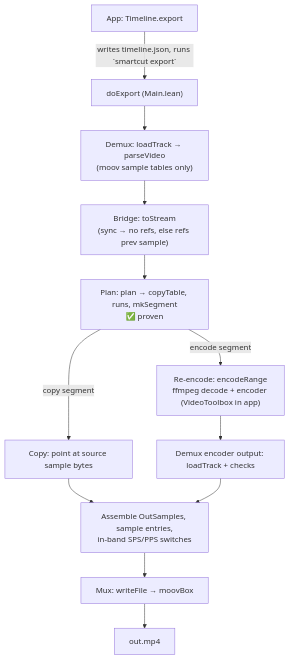
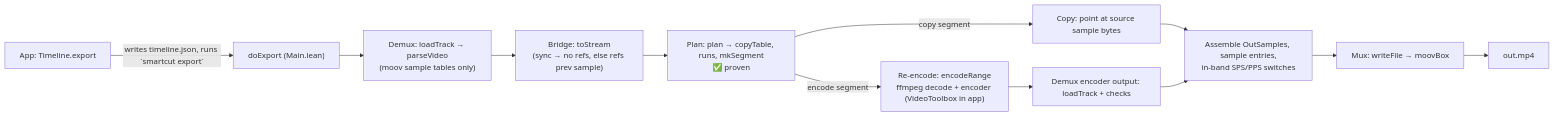
Before and after one commit to Philogy/verified-cut: the diagram in docs/pipeline.md, drawn with Mermaid.

````diff
--- a/docs/pipeline.md
+++ b/docs/pipeline.md
@@ -8,14 +8,14 @@
 ```mermaid
-flowchart TD
+flowchart LR
   A["App: Timeline.export"] -->|writes timeline.json, runs `smartcut export`| B["doExport (Main.lean)"]
   B --> C["Demux: loadTrack → parseVideo<br/>(moov sample tables only)"]
   C --> D["Bridge: toStream<br/>(sync → no refs, else refs prev sample)"]
   D --> E["Plan: plan → copyTable, runs, mkSegment<br/>✅ proven"]
   E -->|copy segment| F["Copy: point at source sample bytes"]
   E -->|encode segment| G["Re-encode: encodeRange<br/>ffmpeg decode + encoder (VideoToolbox in app)"]
   G --> G2["Demux encoder output: loadTrack + checks"]
   F --> H["Assemble OutSamples, sample entries,<br/>in-band SPS/PPS switches"]
   G2 --> H
   H --> I["Mux: writeFile → moovBox"]
   I --> J[out.mp4]
 ```
````
